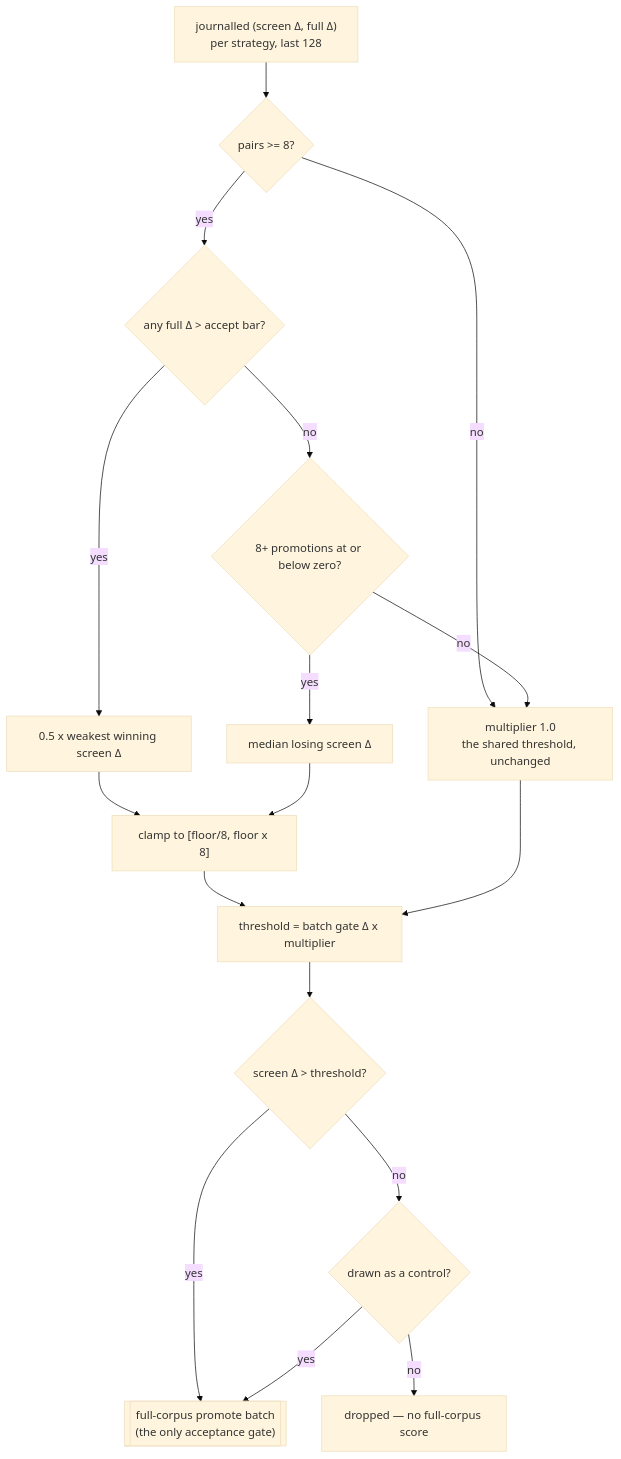
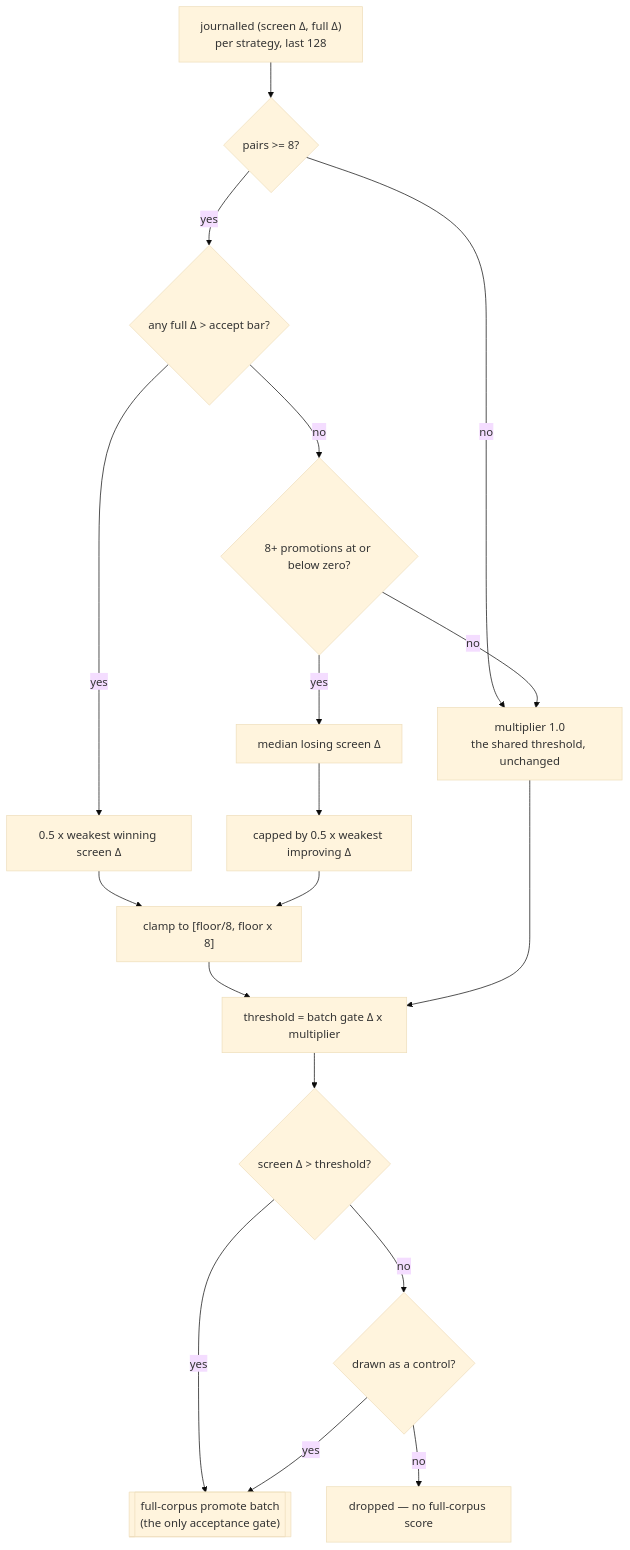
Before and after one commit to stSoftwareAU/NEAT-AI-Lamarck: the diagram in docs/archive/pr-summaries/pr-summary-220.md, drawn with Mermaid (base theme). The commit also changed other lines of this file, not shown here.

````diff
--- a/docs/archive/pr-summaries/pr-summary-220.md
+++ b/docs/archive/pr-summaries/pr-summary-220.md
@@ -28,19 +28,20 @@
 ```mermaid
 flowchart TD
     J["journalled (screen Δ, full Δ)<br/>per strategy, last 128"] --> N{"pairs >= 8?"}
     N -- no --> SHARED["multiplier 1.0<br/>the shared threshold, unchanged"]
     N -- yes --> W{"any full Δ > accept bar?"}
     W -- yes --> WIN["0.5 x weakest winning screen Δ"]
     W -- no --> L{"8+ promotions at or below zero?"}
     L -- yes --> LOSS["median losing screen Δ"]
     L -- no --> SHARED
+    LOSS --> BRAKE["capped by 0.5 x weakest improving Δ"]
     WIN --> CLAMP["clamp to [floor/8, floor x 8]"]
-    LOSS --> CLAMP
+    BRAKE --> CLAMP
     CLAMP --> T["threshold = batch gate Δ x multiplier"]
     SHARED --> T
     T --> P{"screen Δ > threshold?"}
     P -- yes --> FULL[["full-corpus promote batch<br/>(the only acceptance gate)"]]
     P -- no --> C{"drawn as a control?"}
     C -- yes --> FULL
     C -- no --> DROP["dropped — no full-corpus score"]
 ```
````
